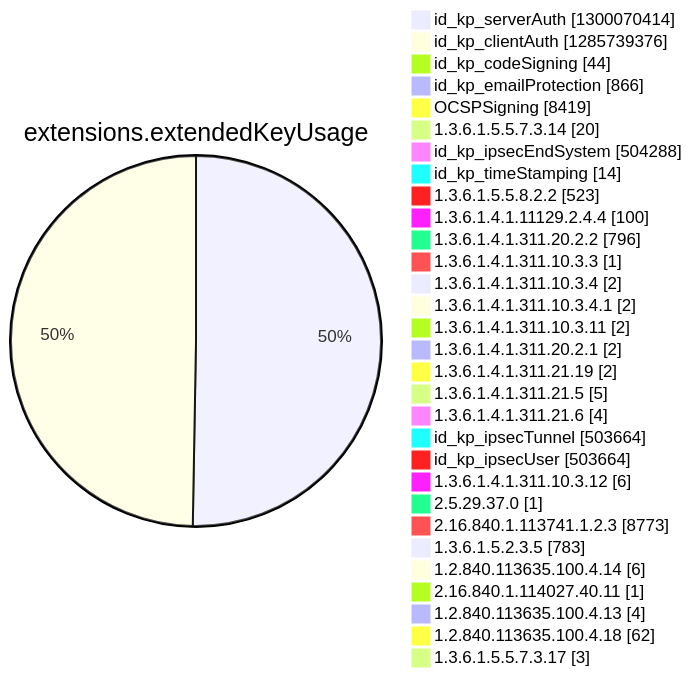
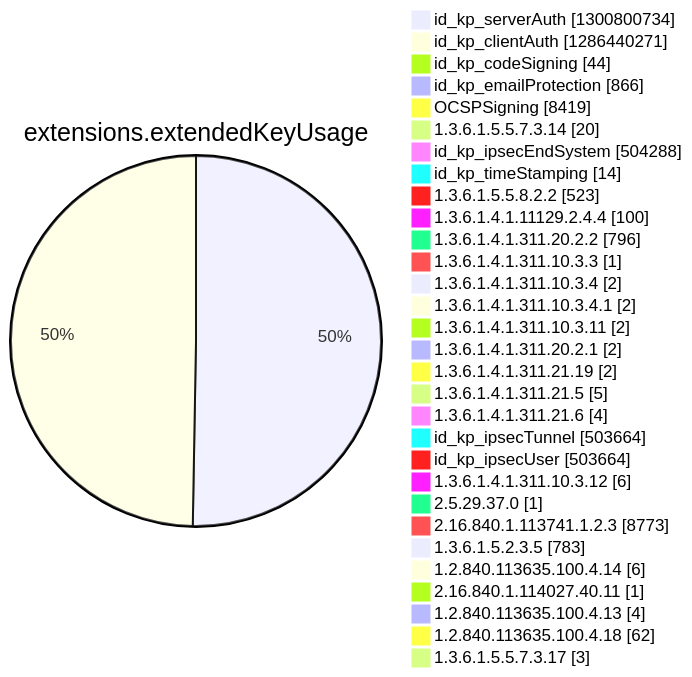
Before and after one commit to christiankrug/ctmonitor_visualization: diagram 12 of 15 in argon2022/README.md, drawn with Mermaid. The commit also changed other lines of this file, not shown here.

````diff
--- a/argon2022/README.md
+++ b/argon2022/README.md
@@ -3551,34 +3551,34 @@
 ```mermaid
 pie showData
 title extensions.extendedKeyUsage
-"id_kp_serverAuth" :1300070414
-"id_kp_clientAuth" :1285739376
+"id_kp_serverAuth" :1300800734
+"id_kp_clientAuth" :1286440271
 "id_kp_codeSigning" :44
 "id_kp_emailProtection" :866
 "OCSPSigning" :8419
 "1.3.6.1.5.5.7.3.14" :20
 "id_kp_ipsecEndSystem" :504288
 "id_kp_timeStamping" :14
 "1.3.6.1.5.5.8.2.2" :523
 "1.3.6.1.4.1.11129.2.4.4" :100
 "1.3.6.1.4.1.311.20.2.2" :796
 "1.3.6.1.4.1.311.10.3.3" :1
 "1.3.6.1.4.1.311.10.3.4" :2
 "1.3.6.1.4.1.311.10.3.4.1" :2
 "1.3.6.1.4.1.311.10.3.11" :2
 "1.3.6.1.4.1.311.20.2.1" :2
 "1.3.6.1.4.1.311.21.19" :2
 "1.3.6.1.4.1.311.21.5" :5
 "1.3.6.1.4.1.311.21.6" :4
 "id_kp_ipsecTunnel" :503664
 "id_kp_ipsecUser" :503664
 "1.3.6.1.4.1.311.10.3.12" :6
 "2.5.29.37.0" :1
 "2.16.840.1.113741.1.2.3" :8773
 "1.3.6.1.5.2.3.5" :783
 "1.2.840.113635.100.4.14" :6
 "2.16.840.1.114027.40.11" :1
 "1.2.840.113635.100.4.13" :4
 "1.2.840.113635.100.4.18" :62
 "1.3.6.1.5.5.7.3.17" :3
 ```
````
